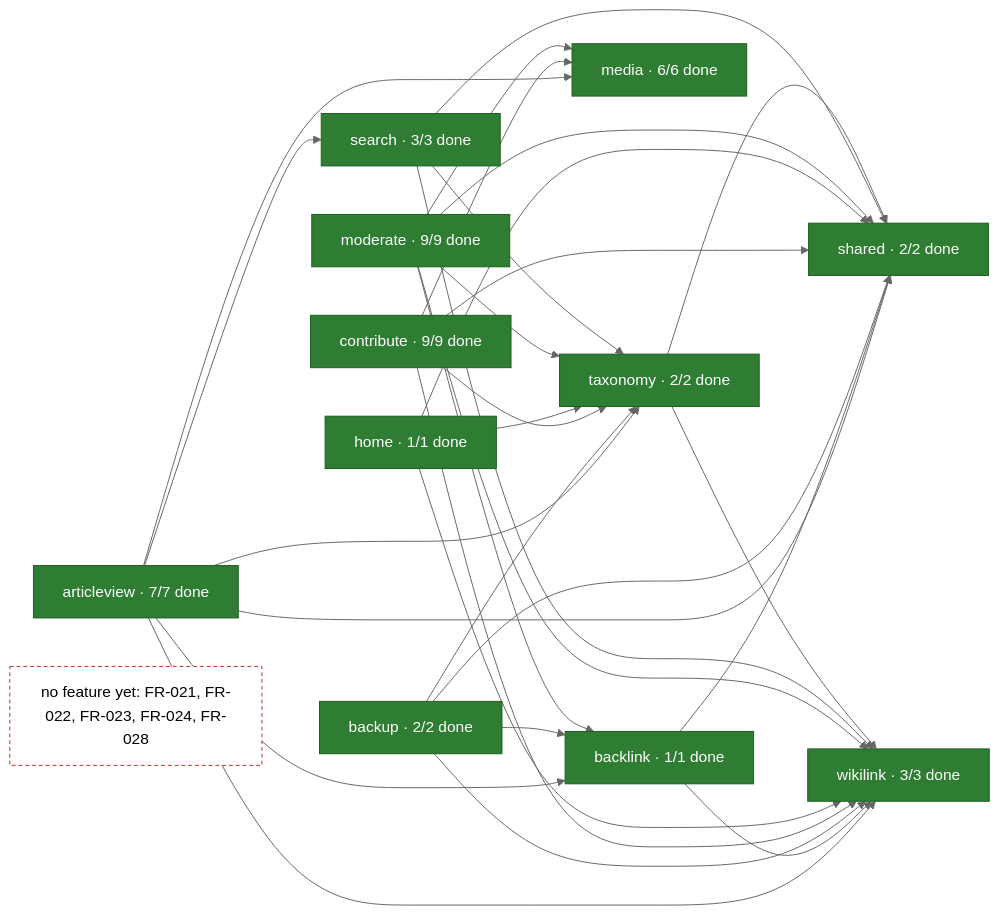
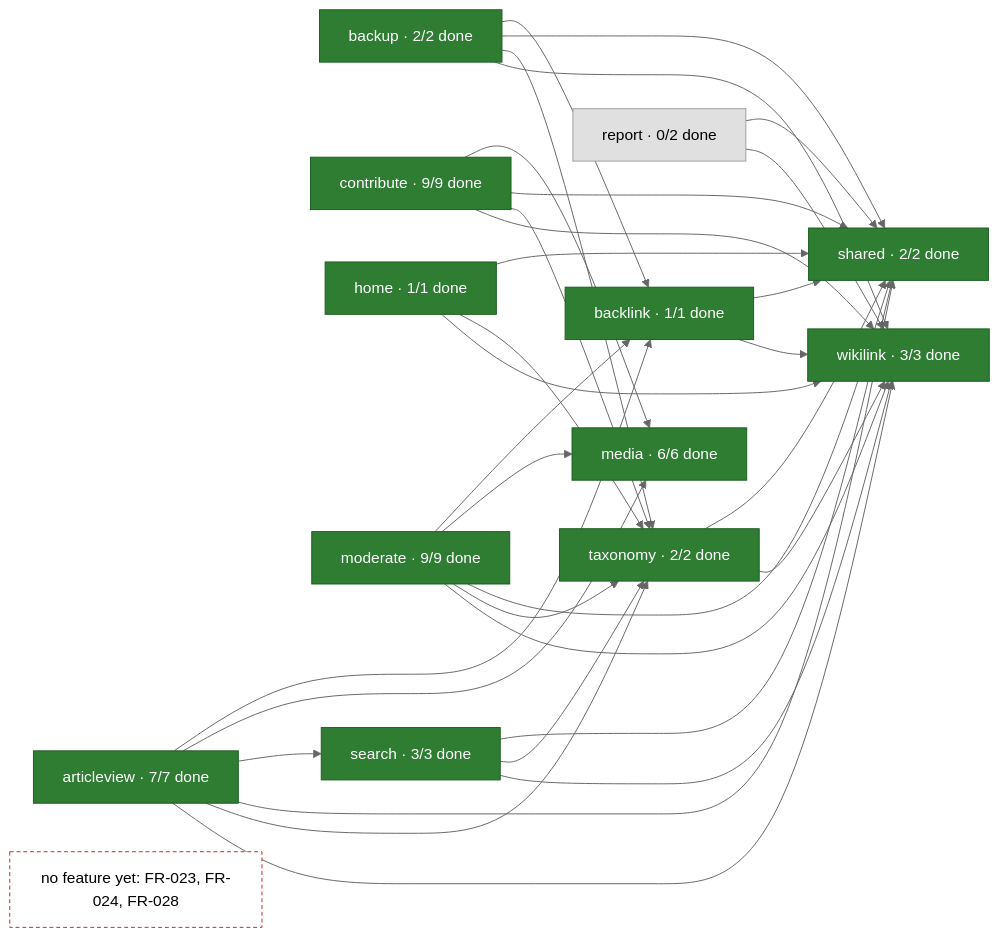
Before and after one commit to rikire/Exchange-Student-Guide-Platform: the second of 2 diagrams in docs/gap-list.md, drawn with Mermaid (neutral theme). The commit also changed other lines of this file and 23 other files, not shown here.

````diff
--- a/docs/gap-list.md
+++ b/docs/gap-list.md
@@ -24,48 +24,51 @@
 ```mermaid
 flowchart LR
     articleview["articleview · 7/7 done"]:::done
     backlink["backlink · 1/1 done"]:::done
     backup["backup · 2/2 done"]:::done
     contribute["contribute · 9/9 done"]:::done
     home["home · 1/1 done"]:::done
     media["media · 6/6 done"]:::done
     moderate["moderate · 9/9 done"]:::done
+    report["report · 0/2 done"]:::none
     search["search · 3/3 done"]:::done
     shared["shared · 2/2 done"]:::done
     taxonomy["taxonomy · 2/2 done"]:::done
     wikilink["wikilink · 3/3 done"]:::done
-    unmapped["no feature yet: FR-021, FR-022, FR-023, FR-024, FR-028"]:::unmapped
+    unmapped["no feature yet: FR-023, FR-024, FR-028"]:::unmapped
     articleview --> backlink
     articleview --> media
     articleview --> search
     articleview --> shared
     articleview --> taxonomy
     articleview --> wikilink
     backlink --> shared
     backlink --> wikilink
     backup --> backlink
     backup --> shared
     backup --> taxonomy
     backup --> wikilink
     contribute --> media
     contribute --> shared
     contribute --> taxonomy
     contribute --> wikilink
     home --> shared
     home --> taxonomy
     home --> wikilink
     moderate --> backlink
     moderate --> media
     moderate --> shared
     moderate --> taxonomy
     moderate --> wikilink
+    report --> shared
+    report --> wikilink
     search --> shared
     search --> taxonomy
     search --> wikilink
     taxonomy --> shared
     taxonomy --> wikilink
     classDef done fill:#2e7d32,stroke:#1b5e20,color:#ffffff
     classDef partial fill:#f9a825,stroke:#f57f17,color:#000000
     classDef none fill:#e0e0e0,stroke:#9e9e9e,color:#000000
     classDef unmapped fill:#ffffff,stroke:#c62828,stroke-dasharray:4 3,color:#000000
 ```
````
